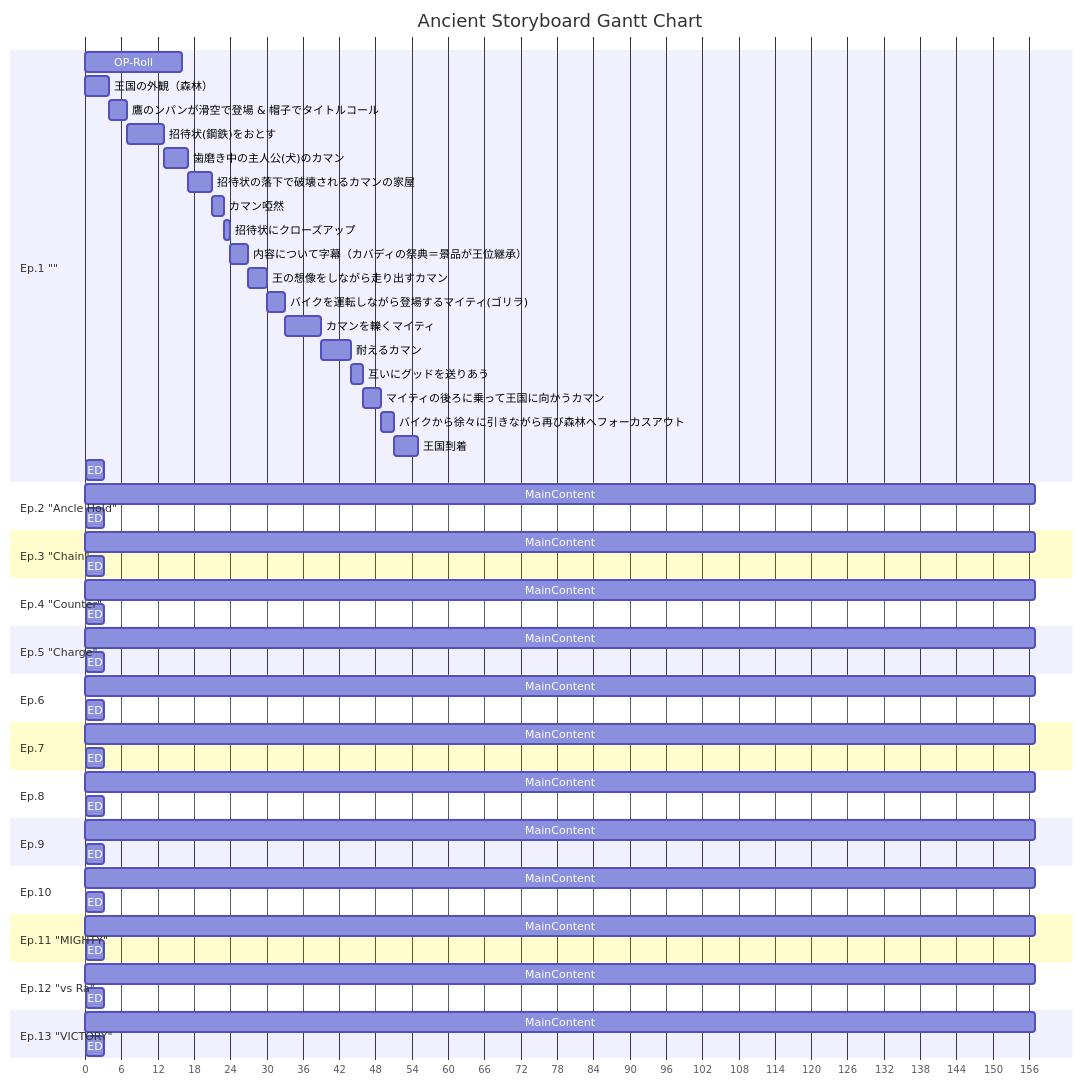
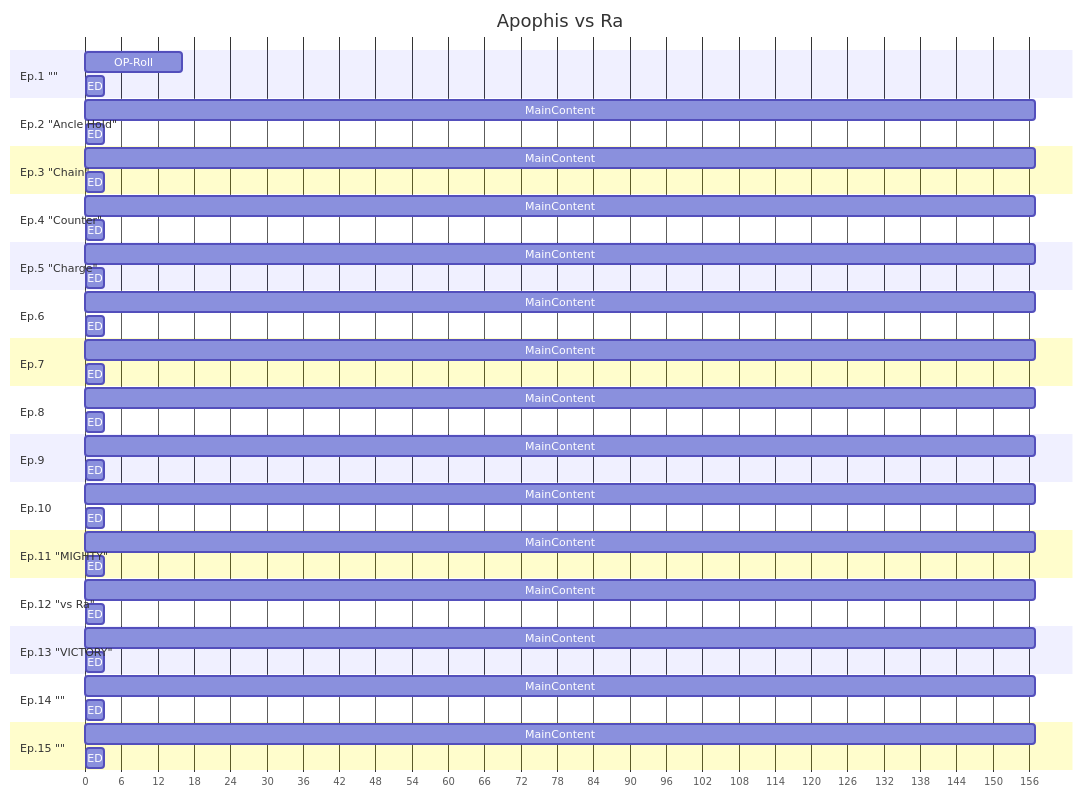
One commit to 4hoe8pow/Ancient changed the first of 2 diagrams in README.md. Above: the diagram before and after it, drawn with Mermaid. The commit also changed other lines of this file and 1 other file, not shown here.

````diff
--- a/README.md
+++ b/README.md
@@ -4,7 +8,7 @@
     dateFormat  X
     axisFormat  %s
     tickInterval 6second
-    title       Ancient Storyboard Gantt Chart
+    title      Apophis vs Ra
     %% Unified to 97 seconds in total
 
     %% To avoid wasting time on titles like "Episode x: △△", use embedded objects in the opening scene for expression (it doesn't matter if it's unnoticed)
@@ -12,26 +16,7 @@
 
     section Ep.1 ""
     OP-Roll :0, 16s
-    王国の外観（森林）                  :a1, 0, 4s
-    鷹のンパンが滑空で登場 & 帽子でタイトルコール　　　 :a2, after a1, 3s
-    招待状(鋼鉄)をおとす　　         :a3, after a2, 6s
-    歯磨き中の主人公(犬)のカマン:a4, after a3, 4s
-
-    招待状の落下で破壊されるカマンの家屋: a5, after a4, 4s
-    カマン啞然         : a6, after a5, 2s
-    招待状にクローズアップ : a7, after a6, 1s
-    内容について字幕（カバディの祭典＝景品が王位継承）          : a8, after a7, 3s
-    王の想像をしながら走り出すカマン: a9, after a8, 3s
-
-    バイクを運転しながら登場するマイティ(ゴリラ): a10, after a9, 3s
-    カマンを轢くマイティ: a11, after a10, 6s
-    耐えるカマン: a12, after a11, 5s
-    互いにグッドを送りあう: a13, after a12, 2s
-
-    マイティの後ろに乗って王国に向かうカマン: a14, after a13, 3s
-    バイクから徐々に引きながら再び森林へフォーカスアウト: a15, after a14, 2s
-
-    王国到着: a16, after a15, 4s
+    
     ED              :157, 3s
 
     section Ep.2 "Ancle Hold"
@@ -81,4 +66,13 @@
     section Ep.13 "VICTORY"
     MainContent     :a, 0, 157s
     ED              :157, 3s
+
+    section Ep.14 ""
+    MainContent     :a, 0, 157s
+    ED              :157, 3s
+
+    section Ep.15 ""
+    MainContent     :a, 0, 157s
+    ED              :157, 3s
+
 ```
````
